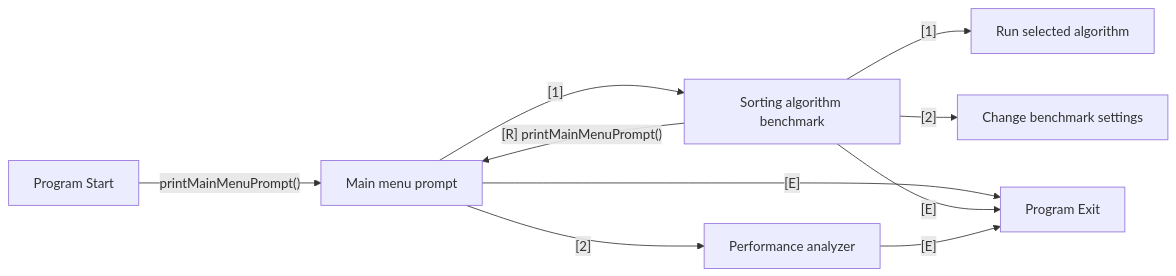
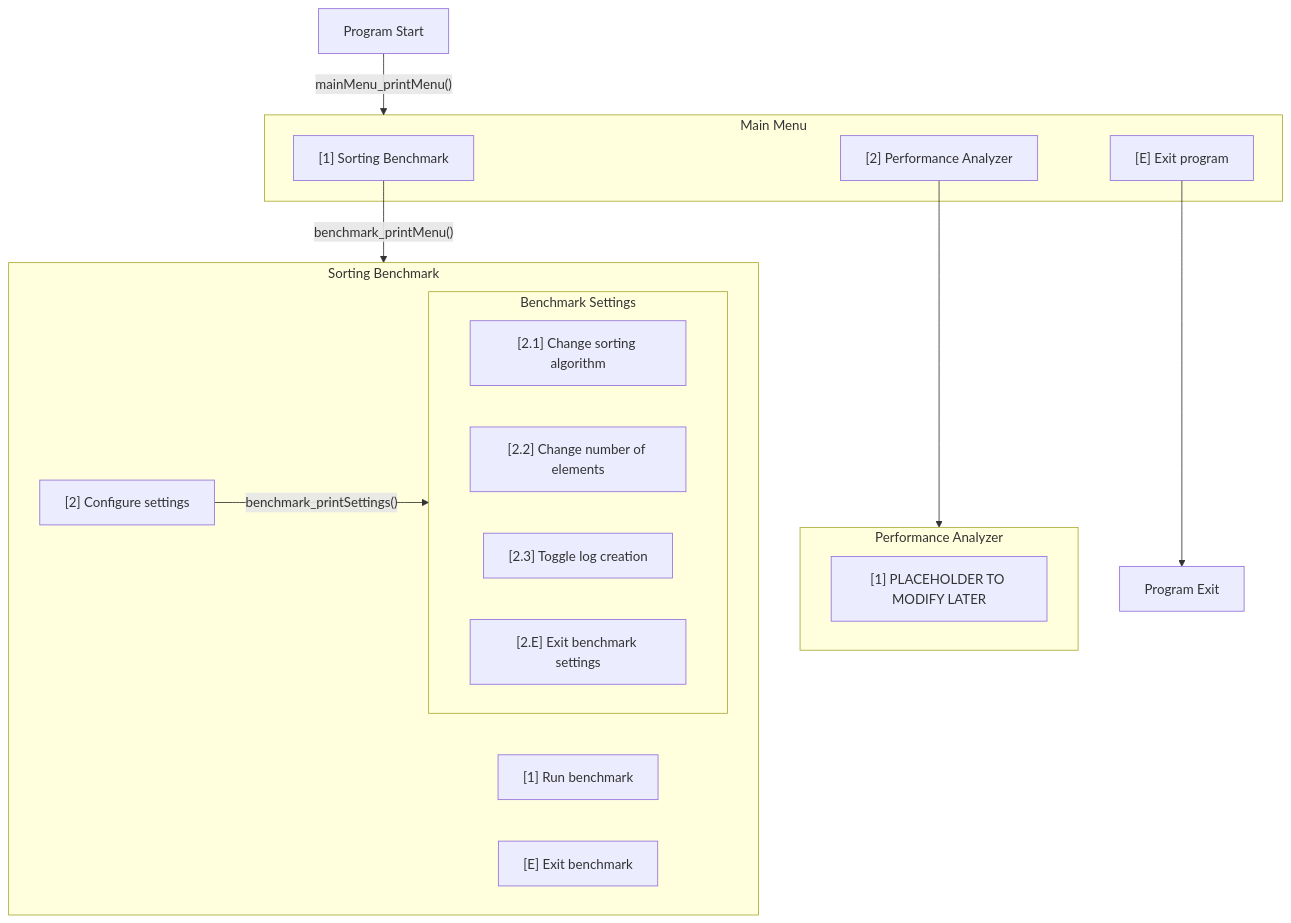
The diagram in README.md (TeaFive/sortprofiler), drawn with Mermaid before and after one commit. The commit also changed other lines of this file, not shown here.

Commit message:
Begin visual improvement  of program hierarchy with CLI Navigation Flow Chart

````diff
--- a/README.md
+++ b/README.md
@@ -49,15 +49,40 @@
 ```mermaid
-graph LR;
-  A[Program Start] -- printMainMenuPrompt() --> B[Main menu prompt];
+flowchart TB
+  S[Program Start]
+  S --> |"mainMenu_printMenu()"| MM
 
-  B -- [1] --> C[Sorting algorithm benchmark];
-  B -- [2] --> D[Performance analyzer];
-  B -- [E] --> E[Program Exit];
+  subgraph MM[Main Menu]
+      %% direction TB
+      MM_1["[1]" Sorting Benchmark]
+      MM_2["[2]" Performance Analyzer]
+      MM_E["[E]" Exit program]
+  end
 
-  C -- [1] --> C1[Run selected algorithm];
-  C -- [2] --> C2[Change benchmark settings];
-  C -- [R] printMainMenuPrompt() --> B;
-  C -- [E] --> E;
+  MM_1 --> |"benchmark_printMenu()"| SB
+  MM_2 --> PA
+  MM_E --> E
 
-  D -- [E] --> E;
+  subgraph SB[Sorting Benchmark]
+    %% direction TB
+    SB_1["[1]" Run benchmark]
+    SB_2["[2]" Configure settings]
+    SB_E["[E]" Exit benchmark]
+
+    subgraph SB_BS[Benchmark Settings]
+      direction LR
+      SB_2.1["[2.1]" Change sorting algorithm]
+      SB_2.2["[2.2]" Change number of elements]
+      SB_2.3["[2.3]" Toggle log creation]
+      SB_2.E["[2.E]" Exit benchmark settings]
+    end
+  end
+
+  %% SB_E --> Main_Menu
+  SB_2 --> |"benchmark_printSettings()"| SB_BS
+
+  subgraph PA[Performance Analyzer]
+    PA_1["[1]" PLACEHOLDER TO MODIFY LATER]
+  end
+
+  E[Program Exit]
 ```
````
